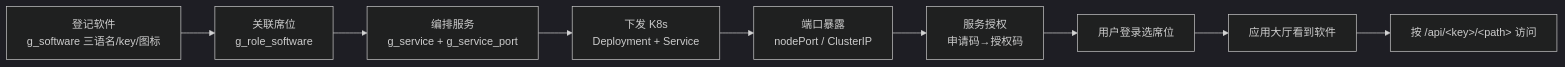
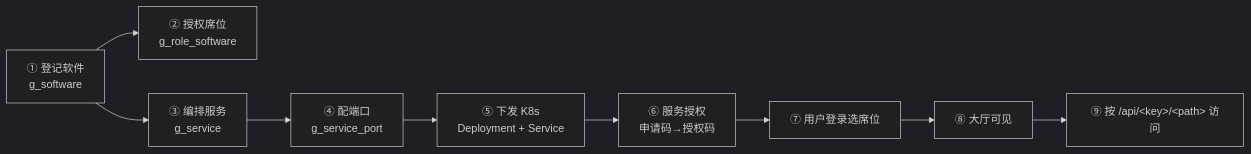
One commit to csm0617/paas-mosp-backend changed diagram 13 of 28 in docs/requirements/rewrite-requirements.md. Above: the diagram before and after it, drawn with Mermaid (dark theme). The commit also changed other lines of this file, not shown here.

First line of the commit message:
docs(requirements): 需求规格改版为 v2.0，补齐背景、原理、示例与 28 张图

````diff
--- a/docs/requirements/rewrite-requirements.md
+++ b/docs/requirements/rewrite-requirements.md
@@ -344,11 +808,11 @@
 ```mermaid
 flowchart LR
-  A[登记软件<br/>g_software 三语名/key/图标] --> B[关联席位<br/>g_role_software]
-  B --> C[编排服务<br/>g_service + g_service_port]
-  C --> D[下发 K8s<br/>Deployment + Service]
-  D --> E[端口暴露<br/>nodePort / ClusterIP]
-  E --> F[服务授权<br/>申请码→授权码]
-  F --> G[用户登录选席位]
-  G --> H[应用大厅看到软件]
-  H --> I[按 /api/&lt;key&gt;/&lt;path&gt; 访问]
+  S1["① 登记软件<br/>g_software"] --> S2["② 授权席位<br/>g_role_software"]
+  S1 --> S3["③ 编排服务<br/>g_service"]
+  S3 --> S4["④ 配端口<br/>g_service_port"]
+  S4 --> S5["⑤ 下发 K8s<br/>Deployment + Service"]
+  S5 --> S6["⑥ 服务授权<br/>申请码→授权码"]
+  S6 --> S7["⑦ 用户登录选席位"]
+  S7 --> S8["⑧ 大厅可见"]
+  S8 --> S9["⑨ 按 /api/&lt;key&gt;/&lt;path&gt; 访问"]
 ```
````
